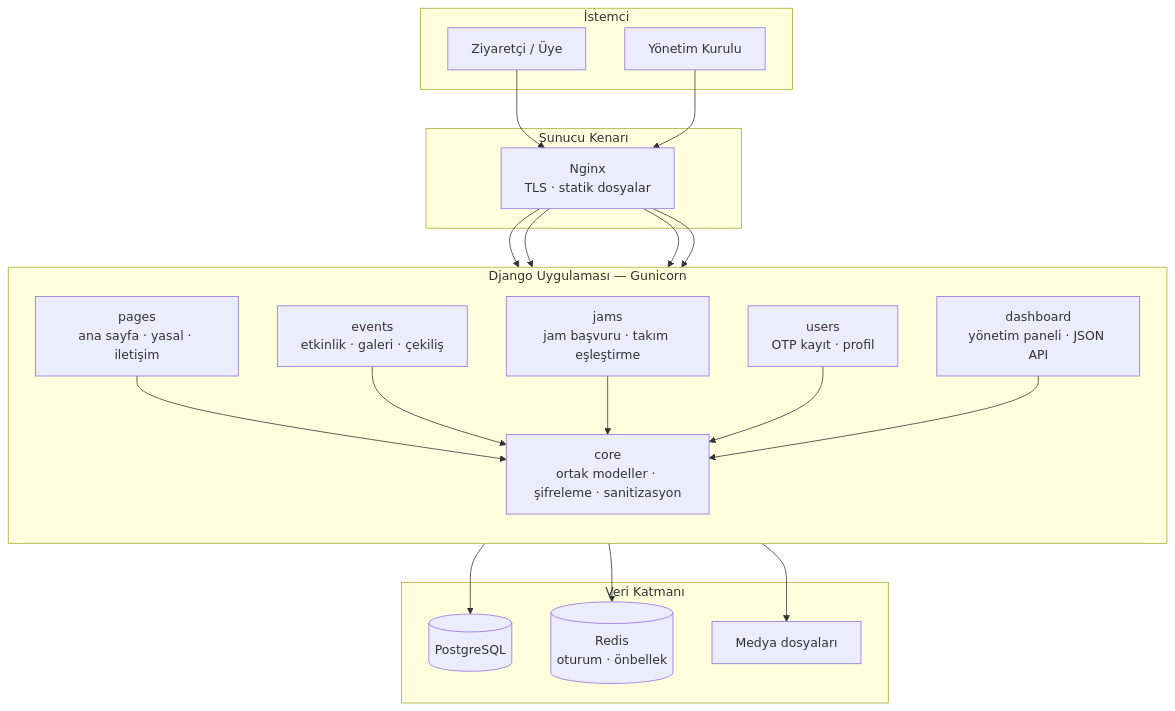
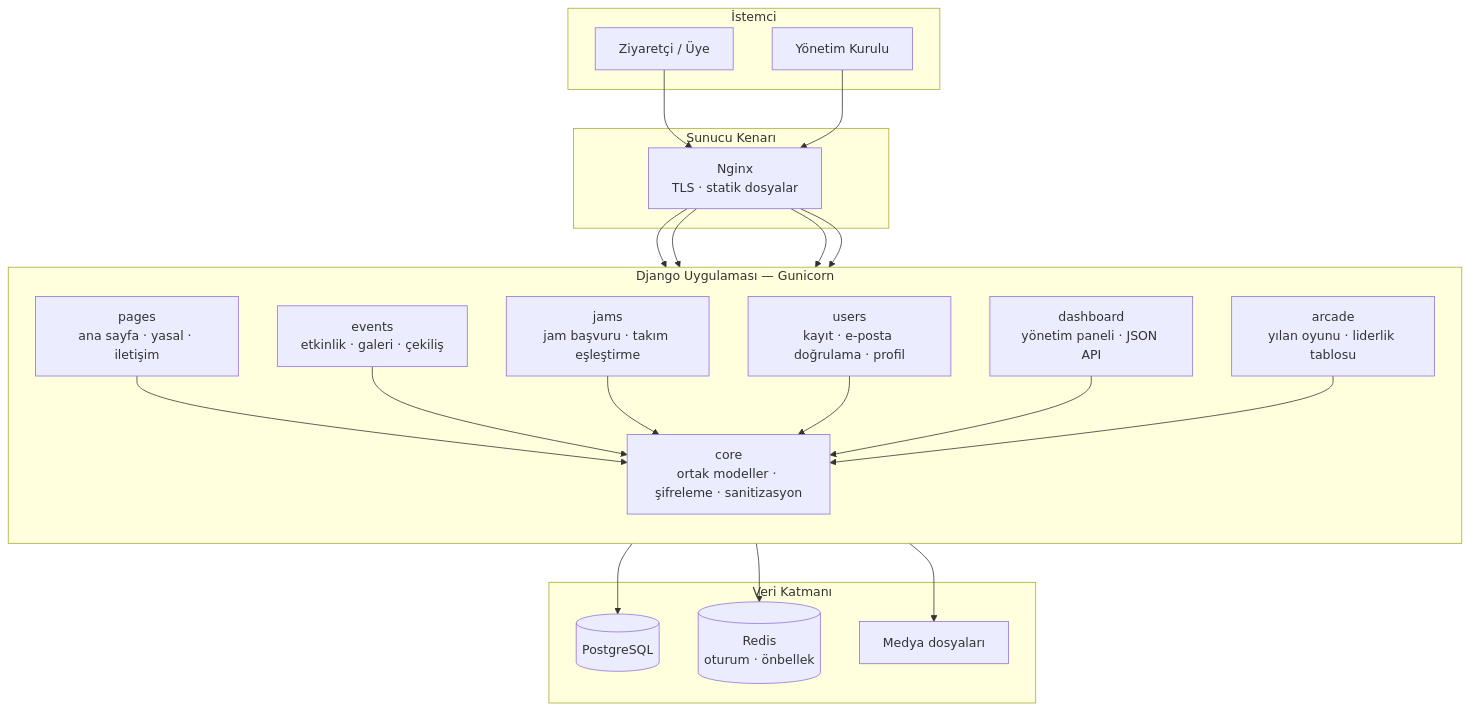
Before and after one commit to Omercekadam/nishdot-web: the first of 2 diagrams in README.md, drawn with Mermaid. The commit also changed other lines of this file and 2 other files, not shown here.

Commit message:
Dokumantasyon: istege bagli dogrulama ve yilan oyunu

````diff
--- a/README.md
+++ b/README.md
@@ -187,36 +188,37 @@
 ```mermaid
 flowchart TB
     subgraph client["İstemci"]
         V["Ziyaretçi / Üye"]
         B["Yönetim Kurulu"]
     end
 
     subgraph edge["Sunucu Kenarı"]
         N["Nginx<br/>TLS · statik dosyalar"]
     end
 
     subgraph app["Django Uygulaması — Gunicorn"]
         direction TB
         P["pages<br/>ana sayfa · yasal · iletişim"]
         E["events<br/>etkinlik · galeri · çekiliş"]
         J["jams<br/>jam başvuru · takım eşleştirme"]
-        U["users<br/>OTP kayıt · profil"]
+        U["users<br/>kayıt · e-posta doğrulama · profil"]
+        A["arcade<br/>yılan oyunu · liderlik tablosu"]
         D["dashboard<br/>yönetim paneli · JSON API"]
         C["core<br/>ortak modeller · şifreleme · sanitizasyon"]
     end
 
     subgraph data["Veri Katmanı"]
         PG[("PostgreSQL")]
         R[("Redis<br/>oturum · önbellek")]
         FS["Medya dosyaları"]
     end
 
     V --> N
     B --> N
     N --> P & E & U
     N --> D
-    P & E & J & U & D --> C
+    P & E & J & U & D & A --> C
     C --> PG
     D --> R
     E --> FS
 ```
````
